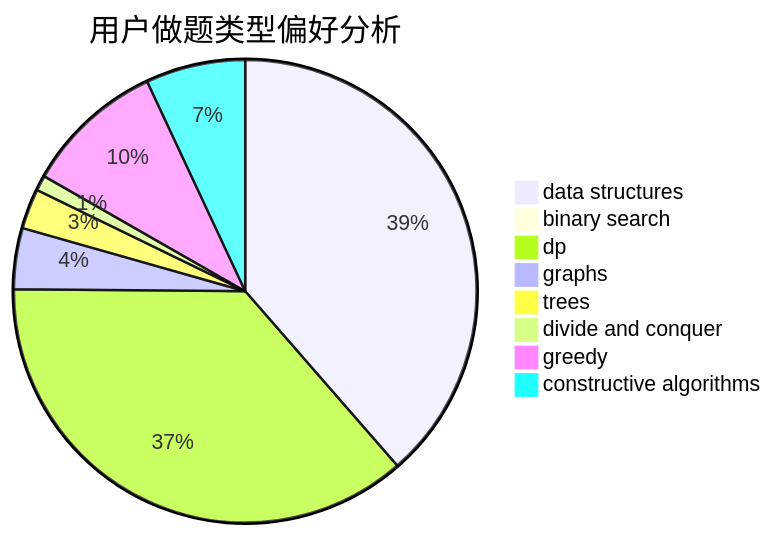
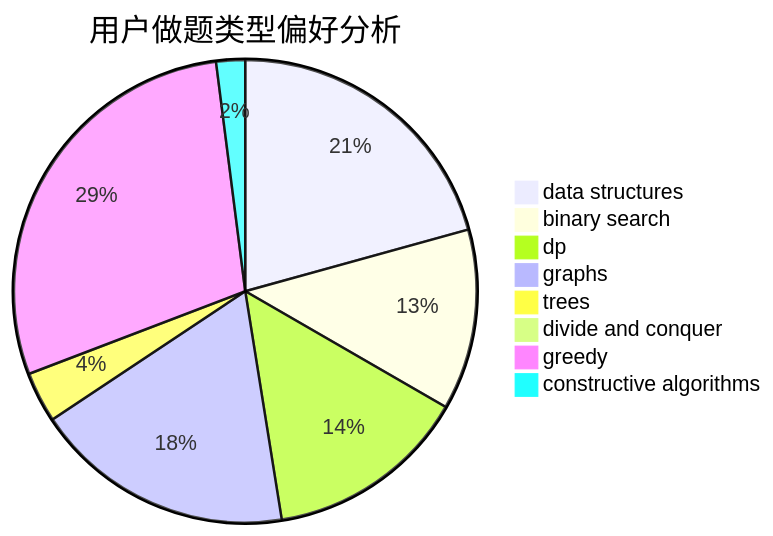
The second of 3 diagrams in docs/user/u1942.md (sherpahu/cfrs.github.io), drawn with Mermaid before and after one commit. The commit also changed other lines of this file and 2770 other files, not shown here.

````diff
--- a/docs/user/u1942.md
+++ b/docs/user/u1942.md
@@ -23,11 +23,11 @@
 ```mermaid
 pie title 用户做题类型偏好分析
-    "data structures" :  399
-    "binary search" :  0
-    "dp" :  378
-    "graphs" :  44
-    "trees" :  29
-    "divide and conquer" :  11
-    "greedy" :  101
-    "constructive algorithms" :  72
+    "data structures" :  41
+    "binary search" :  25
+    "dp" :  28
+    "graphs" :  36
+    "trees" :  7
+    "divide and conquer" :  0
+    "greedy" :  57
+    "constructive algorithms" :  4
 ```
````
